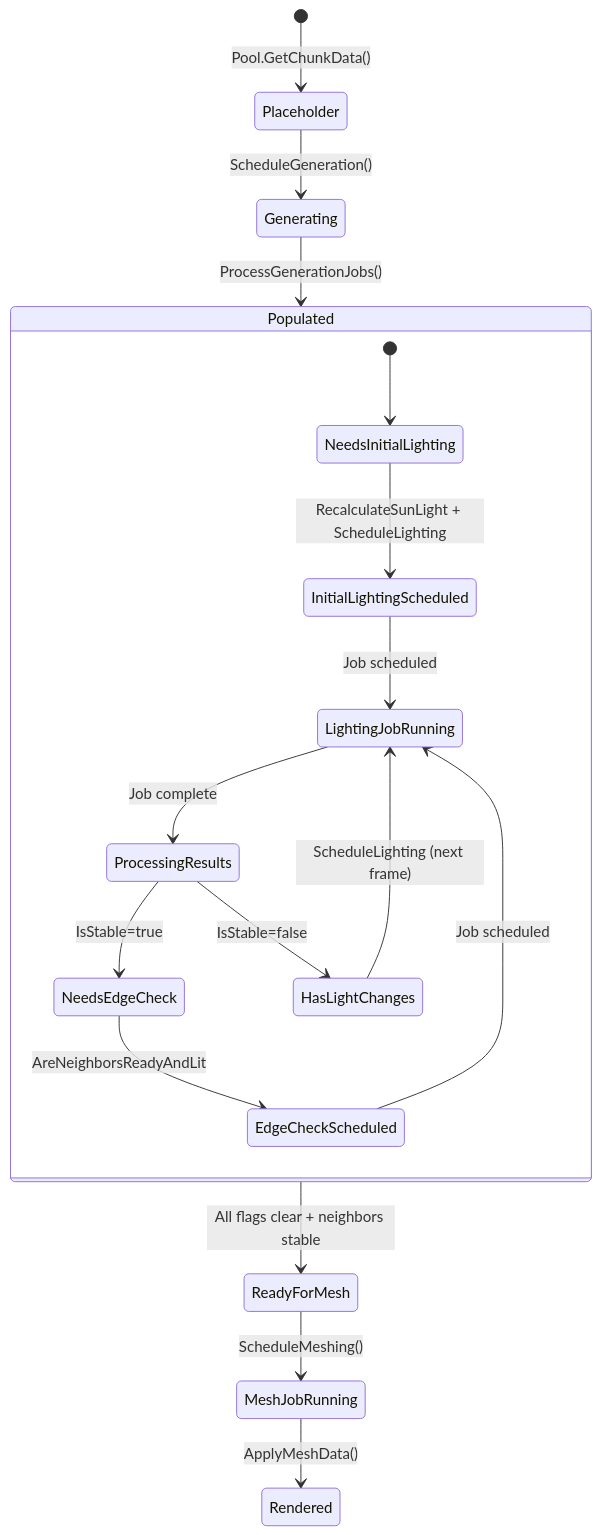
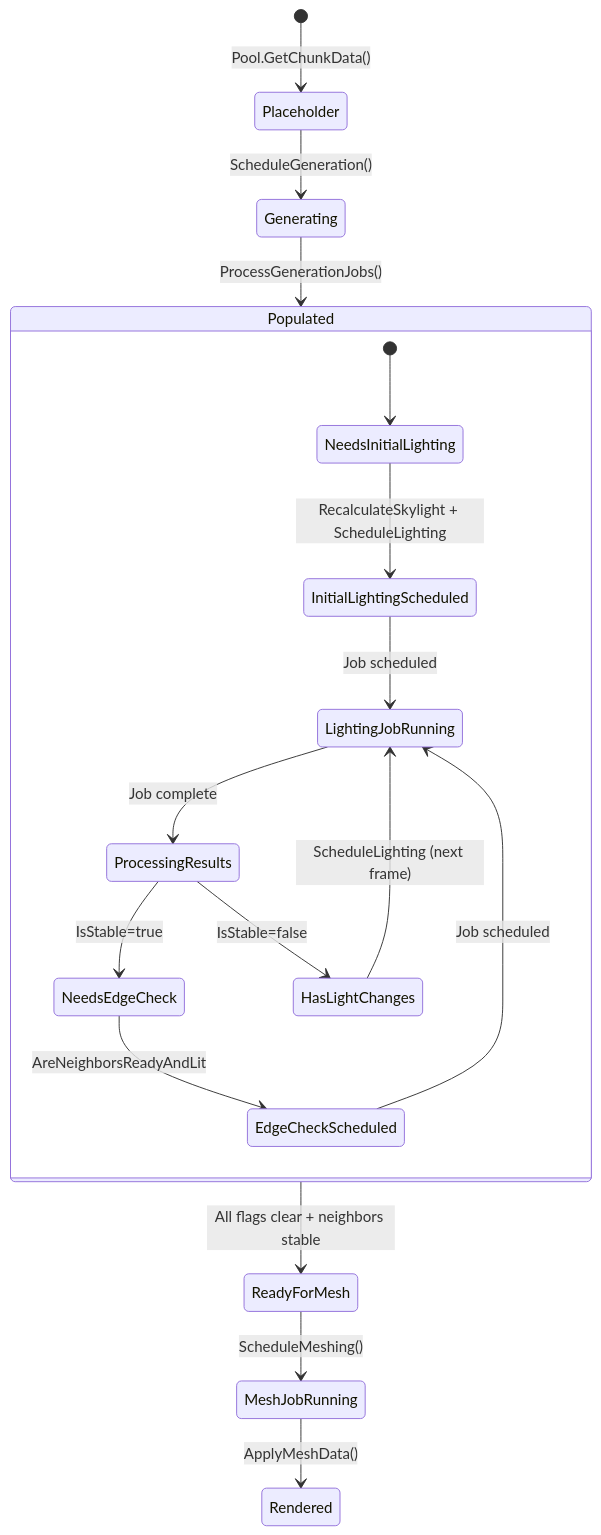
Before and after one commit to A-Van-Gestel/Unity-Minecraft_Clone: the first of 8 diagrams in Documentation/Architecture/CHUNK_LIFECYCLE_PIPELINE.md, drawn with Mermaid. The commit also changed other lines of this file and 120 other files, not shown here.

Commit message:
Lighting: completed the Sun-to-Sky terminology sweep across code, shaders and docs

````diff
--- a/Documentation/Architecture/CHUNK_LIFECYCLE_PIPELINE.md
+++ b/Documentation/Architecture/CHUNK_LIFECYCLE_PIPELINE.md
@@ -63,22 +63,22 @@
 ```mermaid
 stateDiagram-v2
     [*] --> Placeholder: Pool.GetChunkData()
     Placeholder --> Generating: ScheduleGeneration()
     Generating --> Populated: ProcessGenerationJobs()
 
     state Populated {
         [*] --> NeedsInitialLighting
-        NeedsInitialLighting --> InitialLightingScheduled: RecalculateSunLight + ScheduleLighting
+        NeedsInitialLighting --> InitialLightingScheduled: RecalculateSkylight + ScheduleLighting
         InitialLightingScheduled --> LightingJobRunning: Job scheduled
         LightingJobRunning --> ProcessingResults: Job complete
         ProcessingResults --> NeedsEdgeCheck: IsStable=true
         ProcessingResults --> HasLightChanges: IsStable=false
         HasLightChanges --> LightingJobRunning: ScheduleLighting (next frame)
         NeedsEdgeCheck --> EdgeCheckScheduled: AreNeighborsReadyAndLit
         EdgeCheckScheduled --> LightingJobRunning: Job scheduled
     }
 
     Populated --> ReadyForMesh: All flags clear + neighbors stable
     ReadyForMesh --> MeshJobRunning: ScheduleMeshing()
     MeshJobRunning --> Rendered: ApplyMeshData()
 ```
````
